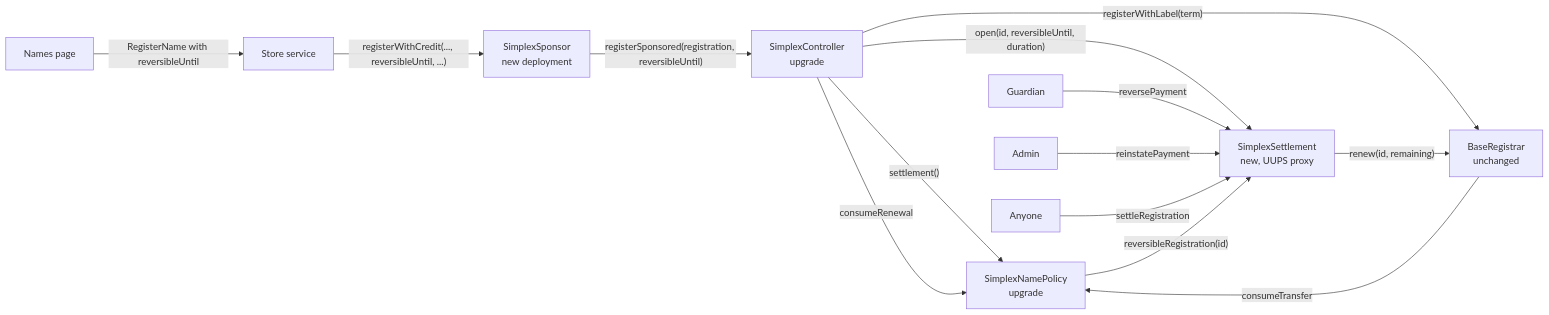
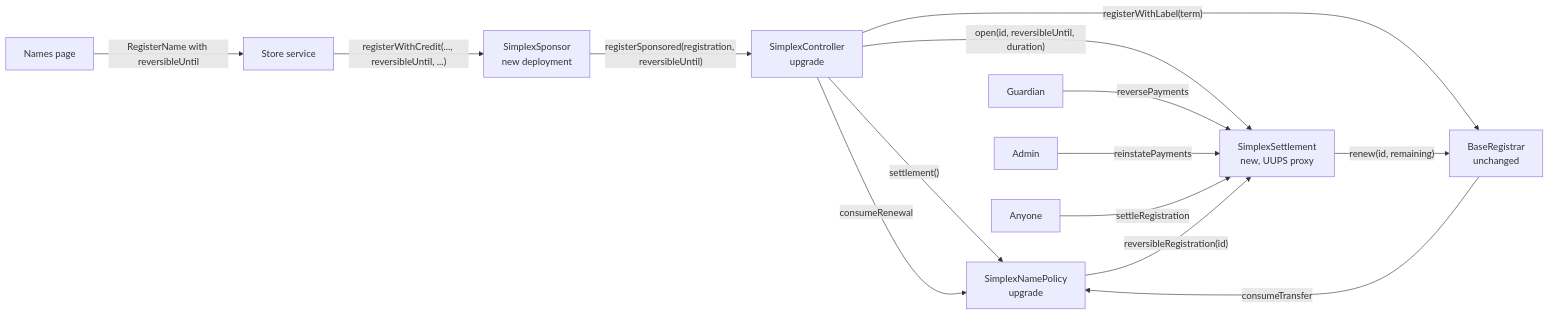
The third of 6 diagrams in docs/plans/payment-reversal.md (brenzi-agent/simplex-namespace-contract), drawn with Mermaid before and after one commit. The commit also changed other lines of this file, not shown here.

````diff
--- a/docs/plans/payment-reversal.md
+++ b/docs/plans/payment-reversal.md
@@ -195,16 +202,16 @@
 ```mermaid
 flowchart LR
   page["Names page"] -->|"RegisterName with reversibleUntil"| service["Store service"]
   service -->|"registerWithCredit(..., reversibleUntil, ...)"| sponsor["SimplexSponsor<br/>new deployment"]
   sponsor -->|"registerSponsored(registration, reversibleUntil)"| controller["SimplexController<br/>upgrade"]
   controller -->|"settlement()"| policy["SimplexNamePolicy<br/>upgrade"]
   controller -->|"open(id, reversibleUntil, duration)"| settlement["SimplexSettlement<br/>new, UUPS proxy"]
   controller -->|"registerWithLabel(term)"| registrar["BaseRegistrar<br/>unchanged"]
-  guardian["Guardian"] -->|"reversePayment"| settlement
-  admin["Admin"] -->|"reinstatePayment"| settlement
+  guardian["Guardian"] -->|"reversePayments"| settlement
+  admin["Admin"] -->|"reinstatePayments"| settlement
   anyone["Anyone"] -->|"settleRegistration"| settlement
   settlement -->|"renew(id, remaining)"| registrar
   registrar -->|"consumeTransfer"| policy
   controller -->|"consumeRenewal"| policy
   policy -->|"reversibleRegistration(id)"| settlement
 ```
````
